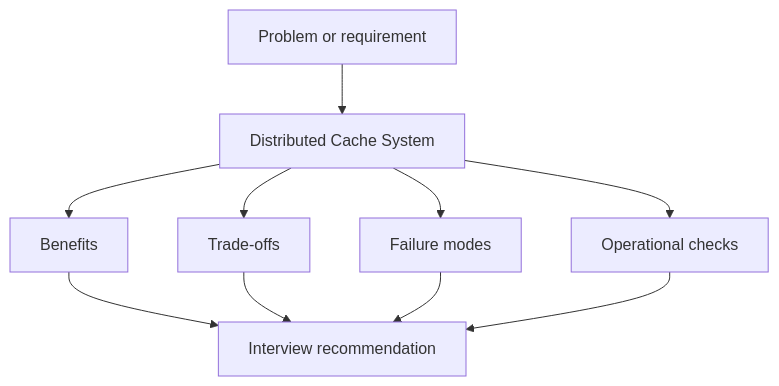
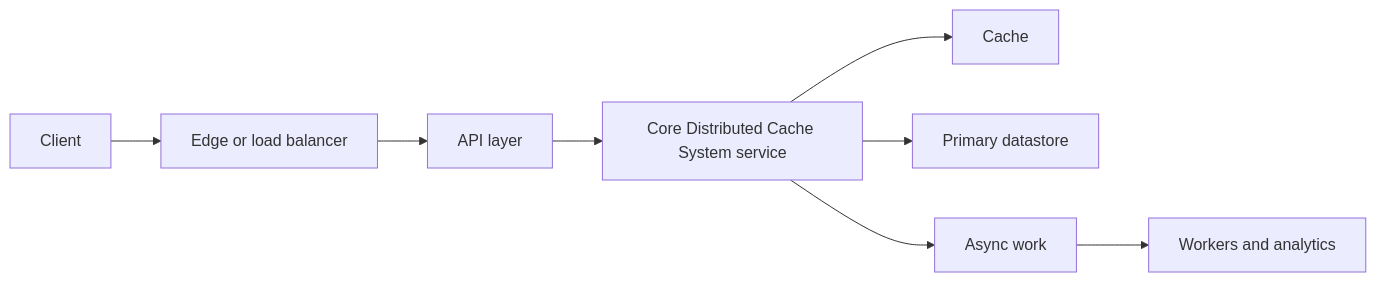
One commit to abstractinterviews/abstractinterviews.github.io changed the second of 3 diagrams in case-studies/distributed-cache/index.md. Above: the diagram before and after it, drawn with Mermaid. The commit also changed other lines of this file and 278 other files, not shown here.

````diff
--- a/case-studies/distributed-cache/index.md
+++ b/case-studies/distributed-cache/index.md
@@ -79,12 +71,10 @@
-~~~mermaid
-flowchart TD
-    Problem["Problem or requirement"] --> Concept["Distributed Cache System"]
-    Concept --> Benefits["Benefits"]
-    Concept --> Tradeoffs["Trade-offs"]
-    Concept --> FailureModes["Failure modes"]
-    Concept --> Operations["Operational checks"]
-    Benefits --> Decision["Interview recommendation"]
-    Tradeoffs --> Decision
-    FailureModes --> Decision
-    Operations --> Decision
-~~~
+```mermaid
+flowchart LR
+    Client["Client"] --> Edge["Edge or load balancer"]
+    Edge --> API["API layer"]
+    API --> Core["Core Distributed Cache System service"]
+    Core --> Cache["Cache"]
+    Core --> DB["Primary datastore"]
+    Core --> Queue["Async work"]
+    Queue --> Workers["Workers and analytics"]
+```
````
